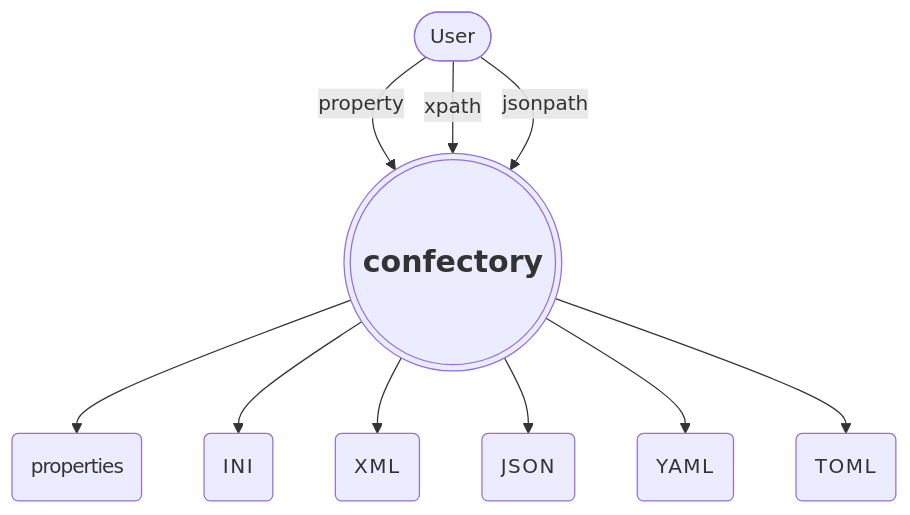
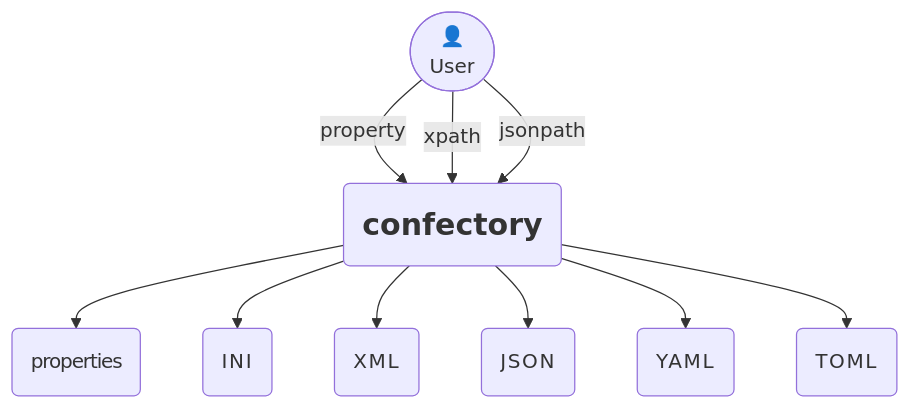
One commit to oswaldobapvicjr/confectory changed the first of 3 diagrams in README.md. Above: the diagram before and after it, drawn with Mermaid. The commit also changed other lines of this file, not shown here.

First line of the commit message:
Refine overview and update diagram labels in README

`````diff
--- a/README.md
+++ b/README.md
@@ -20,17 +20,18 @@
 ````mermaid
 flowchart TD
-    User(["User"]) -->|"property"| c((("`**confectory**`"))):::larger
+    User@{ shape: stadium, label: ["👤\nUser"]}
+    User -->|"property"| c("`**confectory**`"):::larger
     User -->|"xpath"| c
     User -->|"jsonpath"| c
 
     c-->properties("properties"):::condensed
     c-->ini("INI"):::expanded
     c-->xml("XML"):::expanded
     c-->json("JSON"):::expanded
     c-->yaml("YAML"):::expanded
     c-->toml("TOML"):::expanded
 
     classDef larger font-size:18pt
-    classDef condensed letter-spacing:-0.8px
-    classDef expanded letter-spacing:1.2px
+    classDef condensed letter-spacing:-0.9px
+    classDef expanded letter-spacing:1.3px
 ````
`````
